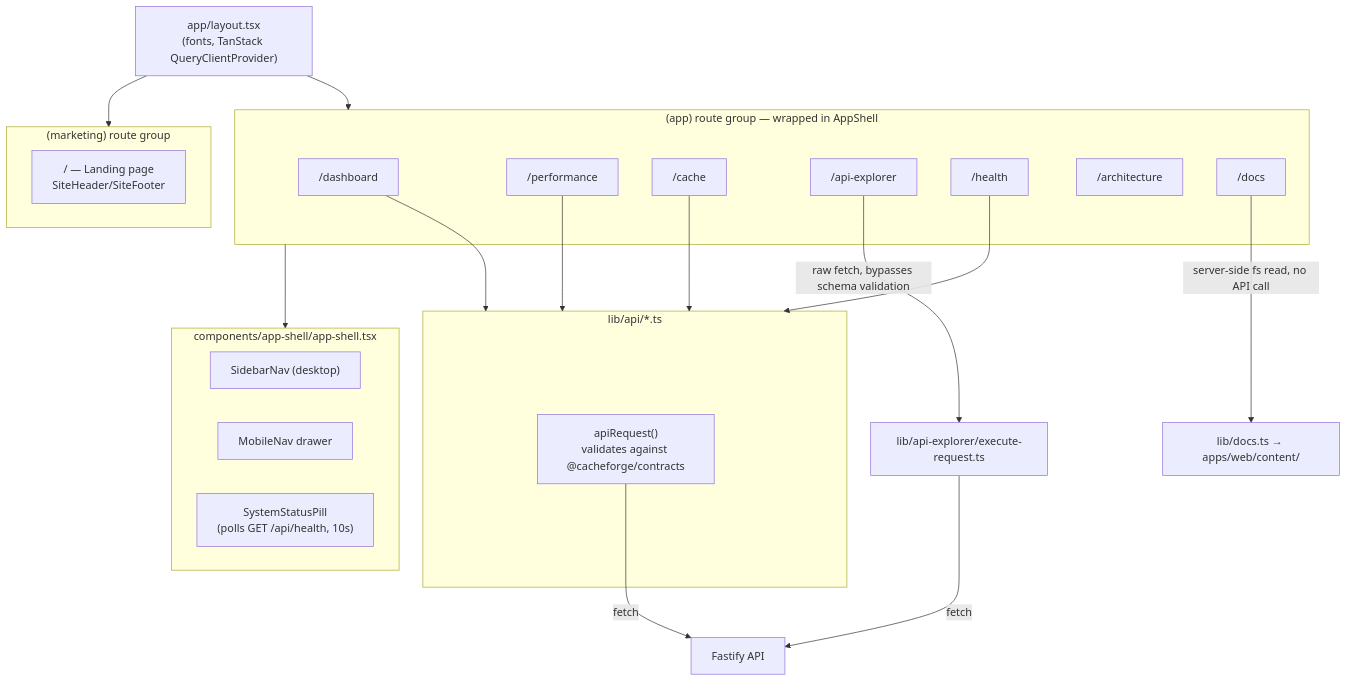
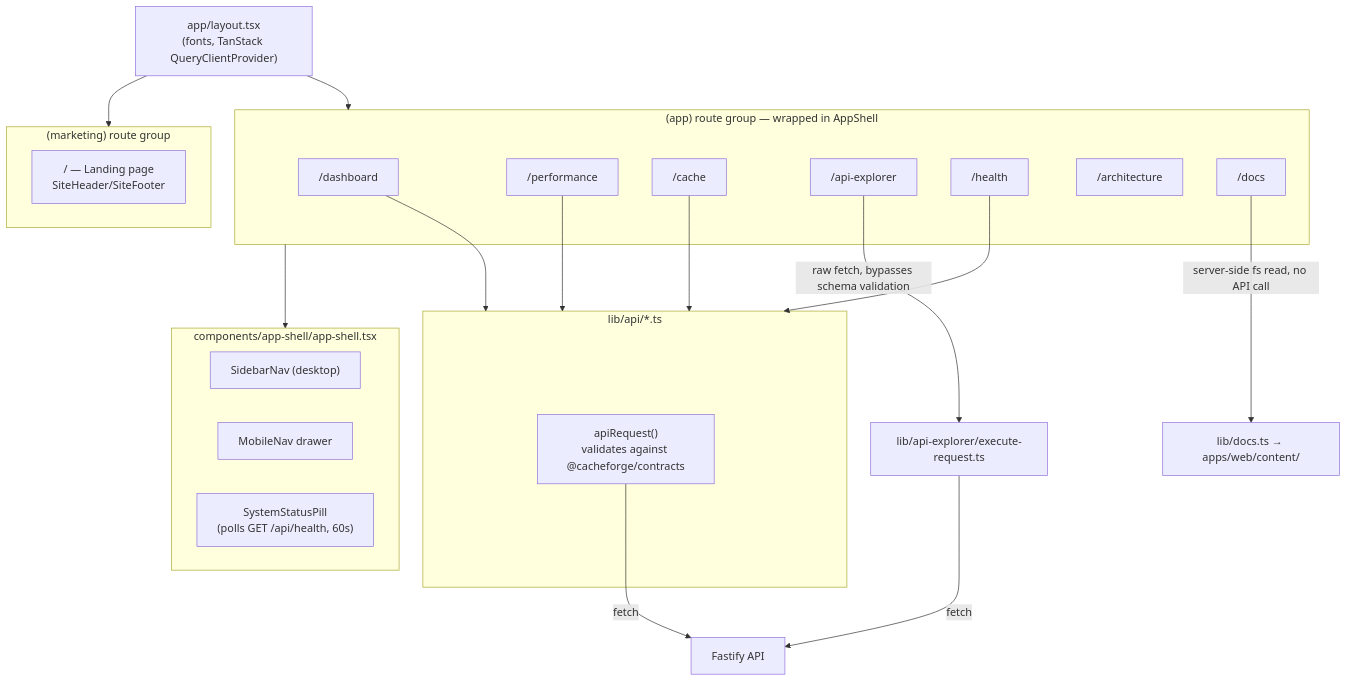
The second of 11 diagrams in docs/ARCHITECTURE_DIAGRAM.md (Prajwalpjoshi/cacheforge), drawn with Mermaid before and after one commit. The commit also changed 12 other files, not shown here.

````diff
--- a/docs/ARCHITECTURE_DIAGRAM.md
+++ b/docs/ARCHITECTURE_DIAGRAM.md
@@ -50,43 +50,43 @@
 ```mermaid
 flowchart TB
     Root["app/layout.tsx\n(fonts, TanStack QueryClientProvider)"]
 
     subgraph Marketing["(marketing) route group"]
         Landing["/ — Landing page\nSiteHeader/SiteFooter"]
     end
 
     subgraph AppGroup["(app) route group — wrapped in AppShell"]
         Dashboard["/dashboard"]
         Perf["/performance"]
         Cache["/cache"]
         Explorer["/api-explorer"]
         Health["/health"]
         Arch["/architecture"]
         Docs["/docs"]
     end
 
     Root --> Marketing
     Root --> AppGroup
 
     subgraph Shell["components/app-shell/app-shell.tsx"]
         Sidebar["SidebarNav (desktop)"]
         Mobile["MobileNav drawer"]
-        Pill["SystemStatusPill\n(polls GET /api/health, 10s)"]
+        Pill["SystemStatusPill\n(polls GET /api/health, 60s)"]
     end
 
     AppGroup --> Shell
 
     subgraph DataLayer["lib/api/*.ts"]
         Client["apiRequest<T>()\nvalidates against @cacheforge/contracts"]
     end
 
     Dashboard --> DataLayer
     Perf --> DataLayer
     Cache --> DataLayer
     Health --> DataLayer
     Explorer -->|"raw fetch, bypasses schema validation"| ExecReq["lib/api-explorer/execute-request.ts"]
     Docs -->|"server-side fs read, no API call"| DocsLib["lib/docs.ts → apps/web/content/"]
 
     Client -->|fetch| API["Fastify API"]
     ExecReq -->|fetch| API
 ```
````
